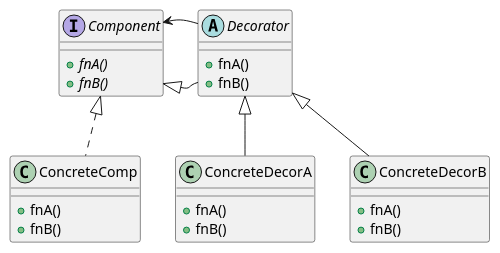
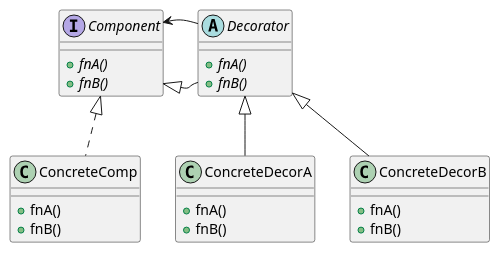
Before and after one commit to JurajX/Notes: the diagram in DesignPatterns/Decorator/theory.puml, drawn with PlantUML.

Commit message:
add abstractness

```diff
--- a/DesignPatterns/Decorator/theory.puml
+++ b/DesignPatterns/Decorator/theory.puml
@@ -1,41 +1,41 @@
 @startuml
 
 interface Component
 {
     + {Abstract} fnA()
     + {Abstract} fnB()
 }
 
 class ConcreteComp
 {
     + fnA()
     + fnB()
 }
 
 Component <|.. ConcreteComp
 
 Abstract Decorator
 {
-    + fnA()
-    + fnB()
+    + {Abstract} fnA()
+    + {Abstract} fnB()
 }
 
 Component <|- Decorator
 Component <- Decorator
 
 Class ConcreteDecorA
 {
     + fnA()
     + fnB()
 }
 
 Class ConcreteDecorB
 {
     + fnA()
     + fnB()
 }
 
 Decorator <|-- ConcreteDecorA
 Decorator <|-- ConcreteDecorB
 
 @enduml
```
